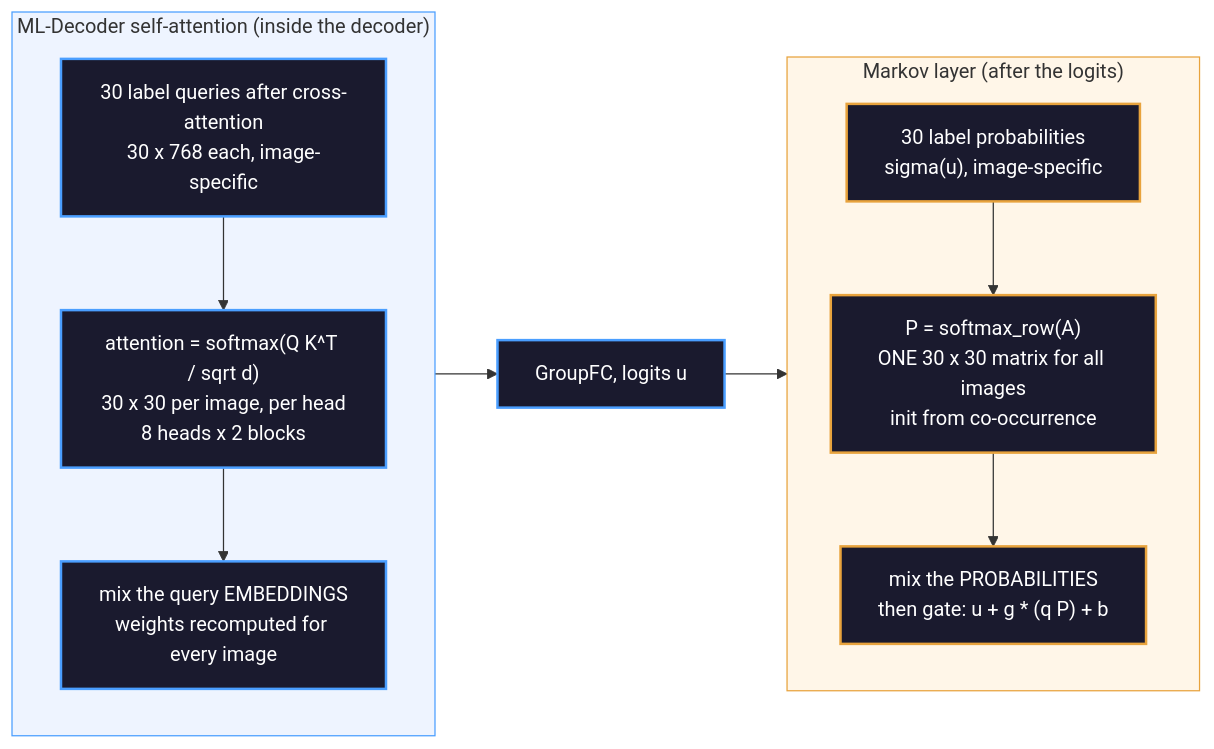
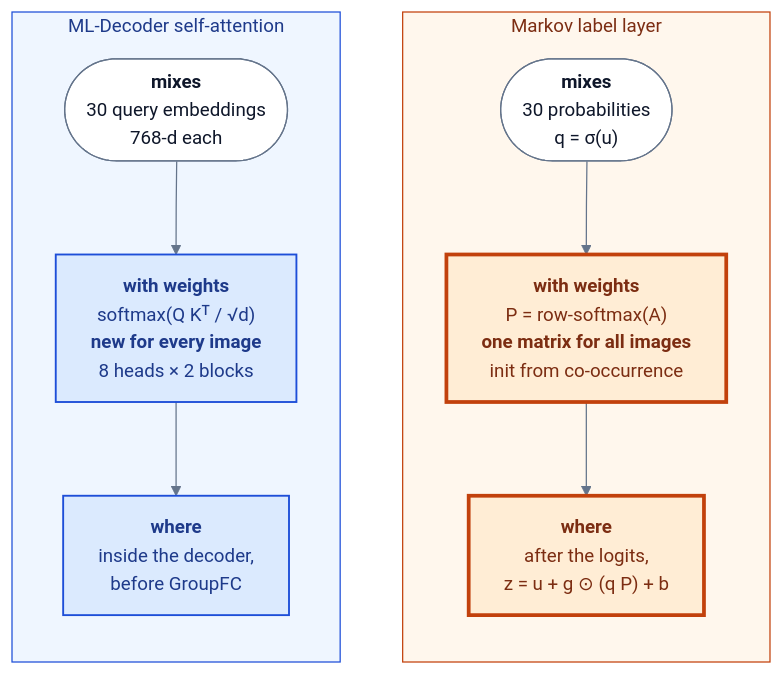
One commit to nhan03bit/ISBI_2026 changed the fifth of 7 diagrams in docs/markov-layer-architecture.md. Above: the diagram before and after it, drawn with Mermaid. The commit also changed other lines of this file and 1 other file, not shown here.

Commit message:
architecture

````diff
--- a/docs/markov-layer-architecture.md
+++ b/docs/markov-layer-architecture.md
@@ -157,24 +222,30 @@
 ```mermaid
+%%{init: {"theme": "base", "flowchart": {"wrappingWidth": 400, "padding": 14}, "themeVariables": {"fontSize": "15px", "lineColor": "#64748B", "primaryTextColor": "#0F172A", "edgeLabelBackground": "#FFFFFF", "clusterBkg": "#F8FAFC", "clusterBorder": "#CBD5E1", "titleColor": "#0F172A"}}}%%
 flowchart LR
-    subgraph SAB["ML-Decoder self-attention (inside the decoder)"]
+    subgraph SAB["ML-Decoder self-attention"]
         direction TB
-        QQ["30 label queries after cross-attention<br/>30 x 768 each, image-specific"] --> ATT["attention = softmax(Q K^T / sqrt d)<br/>30 x 30 per image, per head<br/>8 heads x 2 blocks"]
-        ATT --> MIX["mix the query EMBEDDINGS<br/>weights recomputed for every image"]
+        I1(["<b>mixes</b><br/>30 query embeddings<br/>768-d each"]):::data
+        W1["<b>with weights</b><br/>softmax(Q Kᵀ / √d)<br/><b>new for every image</b><br/>8 heads × 2 blocks"]:::v3
+        O1["<b>where</b><br/>inside the decoder,<br/>before GroupFC"]:::v3
+        I1 --> W1 --> O1
     end
+    subgraph MKB["Markov label layer"]
+        direction TB
+        I2(["<b>mixes</b><br/>30 probabilities<br/>q = σ(u)"]):::data
+        W2["<b>with weights</b><br/>P = row-softmax(A)<br/><b>one matrix for all images</b><br/>init from co-occurrence"]:::new
+        O2["<b>where</b><br/>after the logits,<br/>z = u + g ⊙ (q P) + b"]:::new
+        I2 --> W2 --> O2
+    end
+    SAB ~~~ MKB
+    style SAB fill:#EFF6FF,stroke:#1D4ED8,stroke-width:1px,color:#1E3A8A
+    style MKB fill:#FFF7ED,stroke:#C2410C,stroke-width:1px,color:#7C2D12
 
-    subgraph MKB["Markov layer (after the logits)"]
-        direction TB
-        PR["30 label probabilities<br/>sigma(u), image-specific"] --> PM["P = softmax_row(A)<br/>ONE 30 x 30 matrix for all images<br/>init from co-occurrence"]
-        PM --> MIX2["mix the PROBABILITIES<br/>then gate: u + g * (q P) + b"]
-    end
-
-    MIX --> GF["GroupFC, logits u"]
-    GF --> PR
-
-    classDef dec fill:#1a1a2e,stroke:#4a9eff,stroke-width:2px,color:#fff
-    classDef mk fill:#1a1a2e,stroke:#e8a33d,stroke-width:2px,color:#fff
-    class QQ,ATT,MIX,GF dec
-    class PR,PM,MIX2 mk
-    style SAB fill:#eef4ff,stroke:#4a9eff
-    style MKB fill:#fff6e8,stroke:#e8a33d
+    classDef v3 fill:#DBEAFE,stroke:#1D4ED8,stroke-width:1.5px,color:#1E3A8A
+    classDef new fill:#FFEDD5,stroke:#C2410C,stroke-width:3px,color:#7C2D12
+    classDef data fill:#FFFFFF,stroke:#64748B,stroke-width:1px,color:#0F172A
+    classDef loss fill:#EDE9FE,stroke:#6D28D9,stroke-width:1.5px,color:#4C1D95
+    classDef aux fill:#F1F5F9,stroke:#94A3B8,stroke-width:1px,stroke-dasharray:5 4,color:#475569
+    classDef warn fill:#FEE2E2,stroke:#B91C1C,stroke-width:2px,stroke-dasharray:5 4,color:#7F1D1D
+    classDef old fill:#F1F5F9,stroke:#94A3B8,stroke-width:1px,color:#334155
+    classDef tail fill:#DCFCE7,stroke:#15803D,stroke-width:2.5px,color:#14532D
 ```
````
